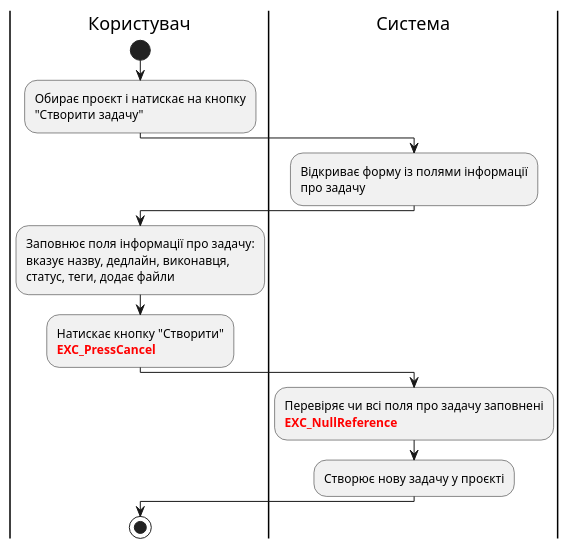
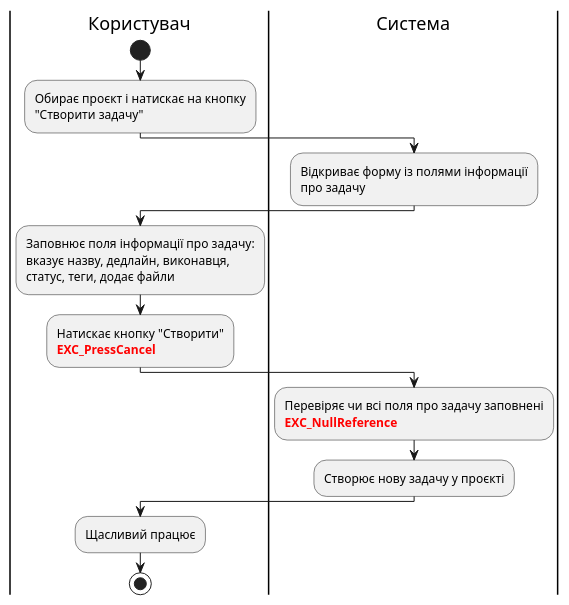
Before and after one commit to yanakozak170/pupsiki-bd-yana: the second of 3 diagrams in docs/use cases/README.md, drawn with PlantUML. The commit also changed other lines of this file, not shown here.

```diff
--- a/docs/use cases/README.md
+++ b/docs/use cases/README.md
@@ -43,19 +41,19 @@
 @startuml
 
     |Користувач|
-    start;
+    start; 
         :Обирає проєкт і натискає на кнопку\n"Створити задачу";
     |Система|
         :Відкриває форму із полями інформації\nпро задачу;
     |Користувач|
         :Заповнює поля інформації про задачу:\nвказує назву, дедлайн, виконавця,\nстатус, теги, додає файли;
         :Натискає кнопку "Створити"
         <font color="red"><b>EXC_PressCancel;
     |Система|
         :Перевіряє чи всі поля про задачу заповнені
         <font color="red"><b>EXC_NullReference;
         :Cтворює нову задачу у проєкті;
     |Користувач|
+        :Щасливий працює; 
     stop;
-
 @enduml
```
